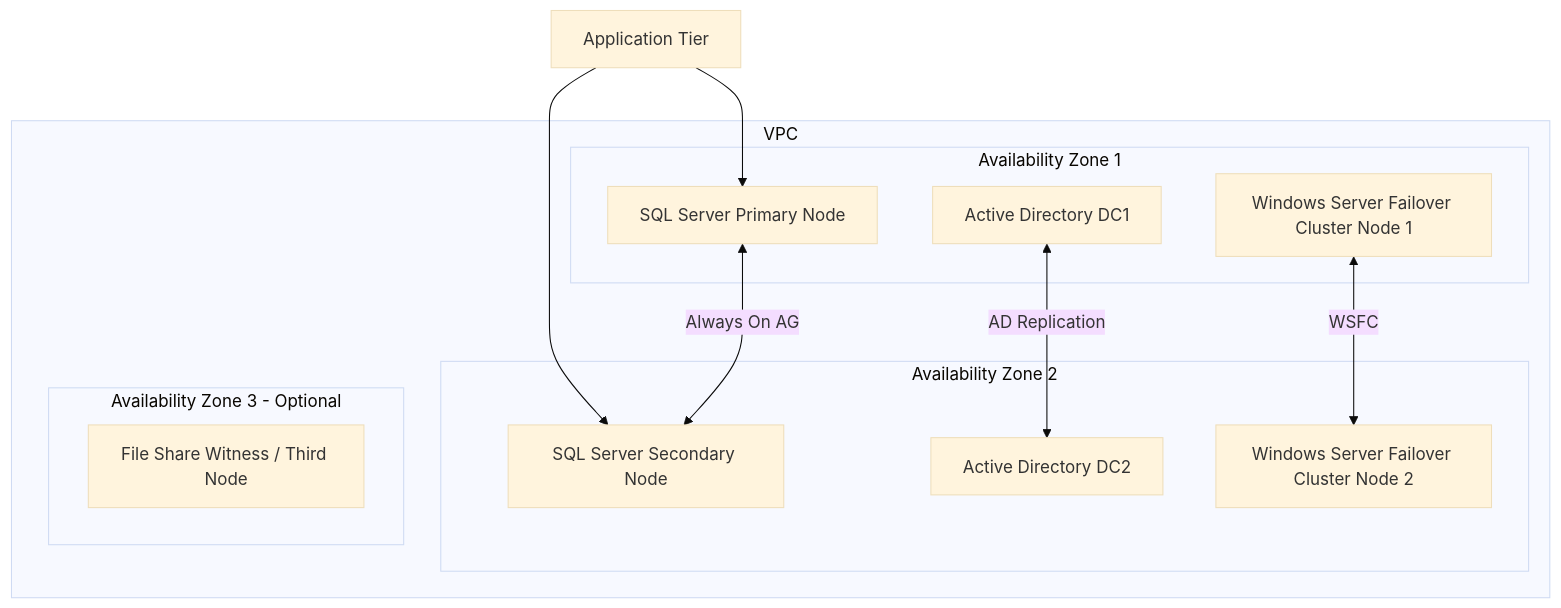
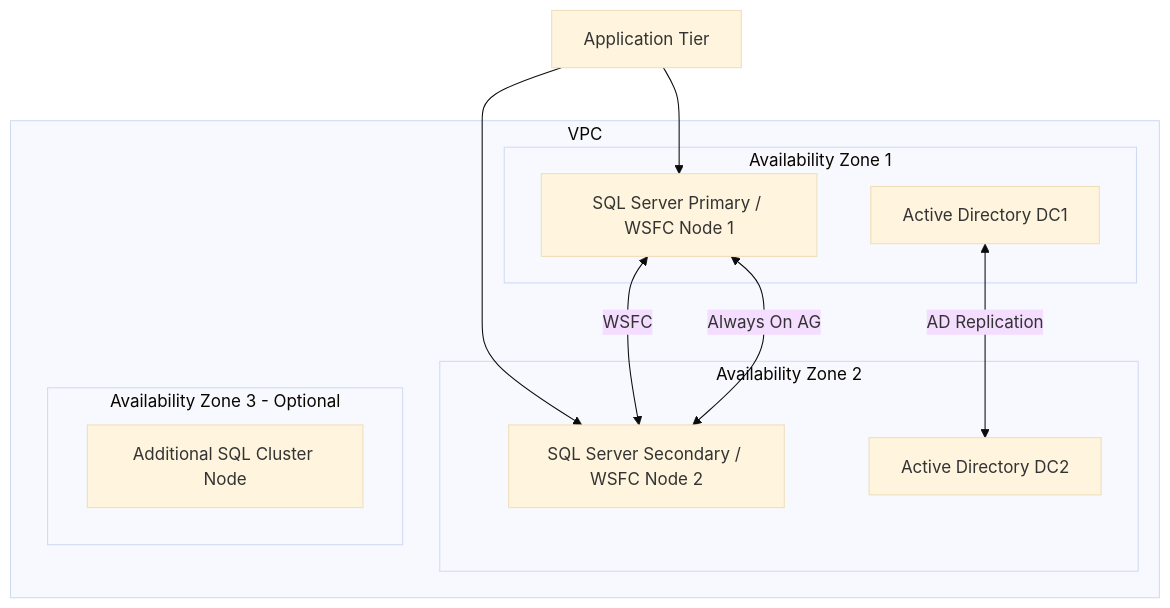
Before and after one commit to OneUptime/blog: the diagram in posts/2026-02-12-set-up-aws-launch-wizard-for-sql-server/README.md, drawn with Mermaid (base theme). The commit also changed other lines of this file and 2 other files, not shown here.

Commit message:
validate: 2026-02-12-set-up-aws-launch-wizard-for-sql-server

````diff
--- a/posts/2026-02-12-set-up-aws-launch-wizard-for-sql-server/README.md
+++ b/posts/2026-02-12-set-up-aws-launch-wizard-for-sql-server/README.md
@@ -19,23 +19,21 @@
 ```mermaid
 graph TD
     subgraph VPC
         subgraph AZ1[Availability Zone 1]
-            A[SQL Server Primary Node]
+            A[SQL Server Primary / WSFC Node 1]
             B[Active Directory DC1]
-            C[Windows Server Failover Cluster Node 1]
         end
         subgraph AZ2[Availability Zone 2]
-            D[SQL Server Secondary Node]
+            D[SQL Server Secondary / WSFC Node 2]
             E[Active Directory DC2]
-            F[Windows Server Failover Cluster Node 2]
         end
         subgraph AZ3[Availability Zone 3 - Optional]
-            G[File Share Witness / Third Node]
+            G[Additional SQL Cluster Node]
         end
     end
     A <-->|Always On AG| D
     B <-->|AD Replication| E
-    C <-->|WSFC| F
+    A <-->|WSFC| D
     H[Application Tier] --> A
     H --> D
 ```
````
